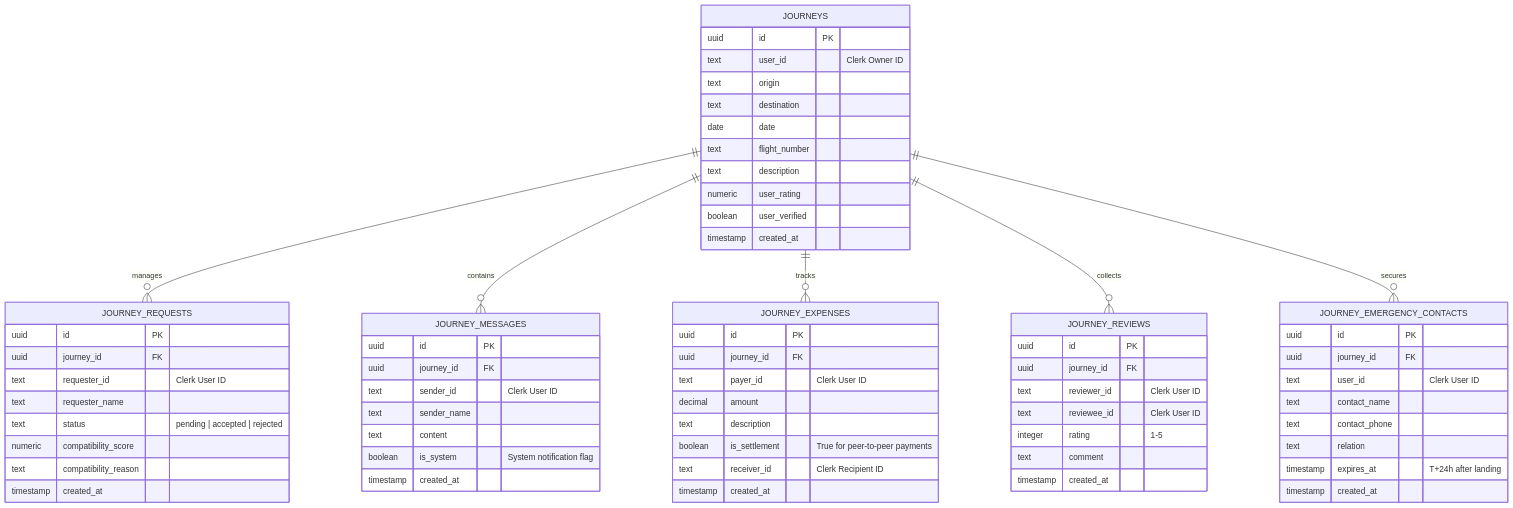
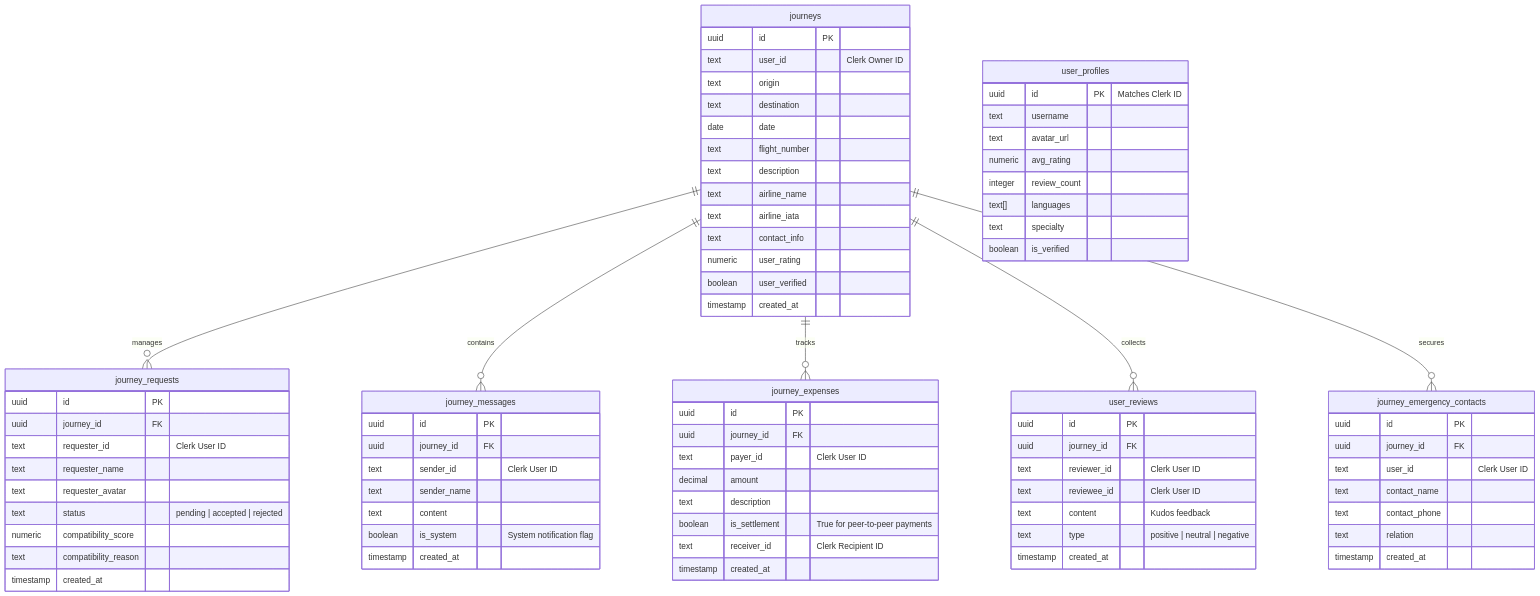
Before and after one commit to krishnaUIDev/Journey-mate: the diagram in database_schema.md, drawn with Mermaid.

Commit message:
refactor: normalize database schema naming conventions and update journey and user profile entities

````diff
--- a/database_schema.md
+++ b/database_schema.md
@@ -7,12 +7,12 @@
 ```mermaid
 erDiagram
-    JOURNEYS ||--o{ JOURNEY_REQUESTS : "manages"
-    JOURNEYS ||--o{ JOURNEY_MESSAGES : "contains"
-    JOURNEYS ||--o{ JOURNEY_EXPENSES : "tracks"
-    JOURNEYS ||--o{ JOURNEY_REVIEWS : "collects"
-    JOURNEYS ||--o{ JOURNEY_EMERGENCY_CONTACTS : "secures"
+    journeys ||--o{ journey_requests : "manages"
+    journeys ||--o{ journey_messages : "contains"
+    journeys ||--o{ journey_expenses : "tracks"
+    journeys ||--o{ user_reviews : "collects"
+    journeys ||--o{ journey_emergency_contacts : "secures"
 
-    JOURNEYS {
+    journeys {
         uuid id PK
         text user_id "Clerk Owner ID"
         text origin
@@ -20,23 +20,27 @@
         date date
         text flight_number
         text description
+        text airline_name
+        text airline_iata
+        text contact_info
         numeric user_rating
         boolean user_verified
         timestamp created_at
     }
 
-    JOURNEY_REQUESTS {
+    journey_requests {
         uuid id PK
         uuid journey_id FK
         text requester_id "Clerk User ID"
         text requester_name
+        text requester_avatar
         text status "pending | accepted | rejected"
         numeric compatibility_score
         text compatibility_reason
         timestamp created_at
     }
 
-    JOURNEY_MESSAGES {
+    journey_messages {
         uuid id PK
         uuid journey_id FK
         text sender_id "Clerk User ID"
@@ -46,7 +50,7 @@
         timestamp created_at
     }
 
-    JOURNEY_EXPENSES {
+    journey_expenses {
         uuid id PK
         uuid journey_id FK
         text payer_id "Clerk User ID"
@@ -57,24 +61,34 @@
         timestamp created_at
     }
 
-    JOURNEY_REVIEWS {
+    user_reviews {
         uuid id PK
         uuid journey_id FK
         text reviewer_id "Clerk User ID"
         text reviewee_id "Clerk User ID"
-        integer rating "1-5"
-        text comment
+        text content "Kudos feedback"
+        text type "positive | neutral | negative"
         timestamp created_at
     }
 
-    JOURNEY_EMERGENCY_CONTACTS {
+    user_profiles {
+        uuid id PK "Matches Clerk ID"
+        text username
+        text avatar_url
+        numeric avg_rating
+        integer review_count
+        text[] languages
+        text specialty
+        boolean is_verified
+    }
+
+    journey_emergency_contacts {
         uuid id PK
         uuid journey_id FK
         text user_id "Clerk User ID"
         text contact_name
         text contact_phone
         text relation
-        timestamp expires_at "T+24h after landing"
         timestamp created_at
     }
 ```
````
